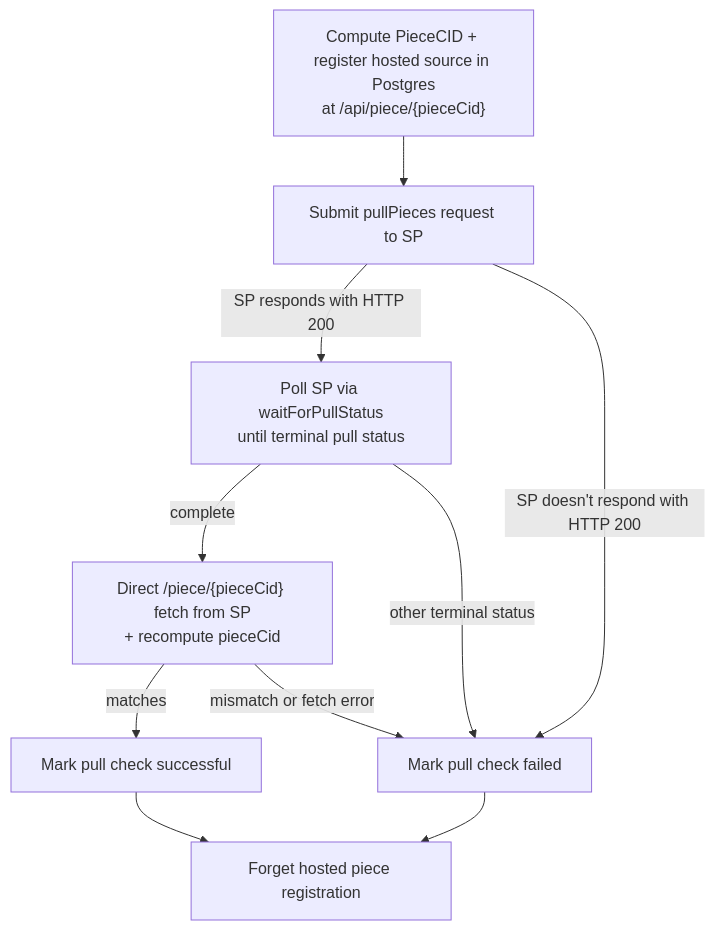
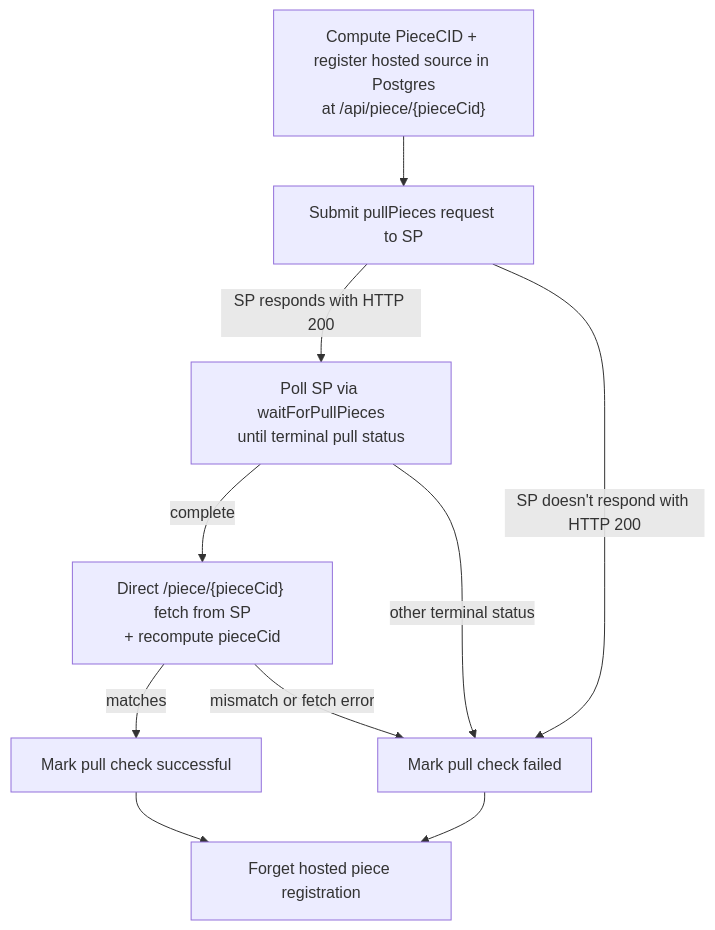
One commit to FilOzone/dealbot changed the diagram in docs/checks/pull-check.md. Above: the diagram before and after it, drawn with Mermaid. The commit also changed other lines of this file and 4 other files, not shown here.

Commit message:
chore: update waitForPullStatus -> waitForPullPieces

````diff
--- a/docs/checks/pull-check.md
+++ b/docs/checks/pull-check.md
@@ -34,13 +34,13 @@
 ```mermaid
 flowchart TD
   Generate["Compute PieceCID + register hosted source in Postgres<br/>at /api/piece/{pieceCid}"]
   Generate --> Submit["Submit pullPieces request to SP"]
-  Submit --> |SP responds with HTTP 200|Poll["Poll SP via waitForPullStatus<br/>until terminal pull status"]
+  Submit --> |SP responds with HTTP 200|Poll["Poll SP via waitForPullPieces<br/>until terminal pull status"]
   Submit --> |SP doesn't respond with HTTP 200| Fail["Mark pull check failed"]
   Poll -->|complete| Validate["Direct /piece/{pieceCid} fetch from SP<br/>+ recompute pieceCid"]
   Poll -->|other terminal status| Fail
   Validate -->|matches| Success["Mark pull check successful"]
   Validate -->|mismatch or fetch error| Fail
   Success --> Cleanup
   Fail --> Cleanup["Forget hosted piece registration"]
 ```
````
